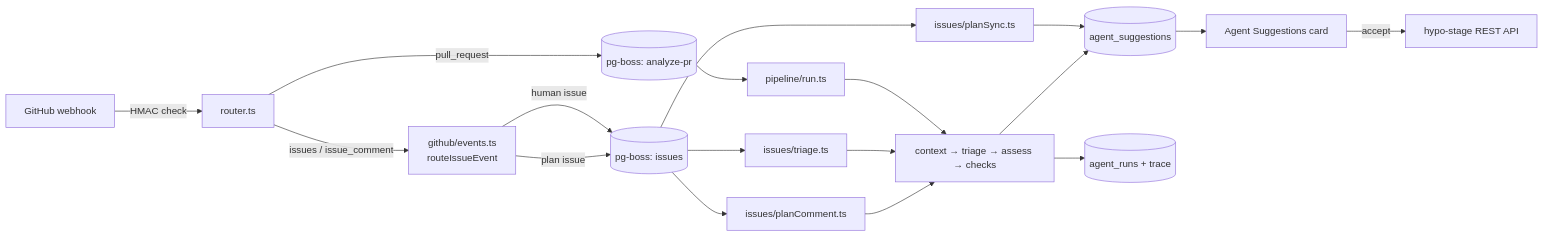
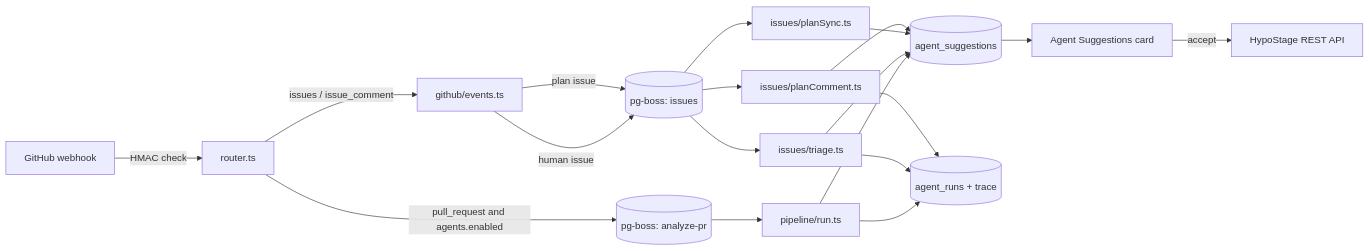
The diagram in docs/agents/developer-guide.md (ArchHypo/hypo-stage), drawn with Mermaid before and after one commit. The commit also changed other lines of this file and 13 other files, not shown here.

````diff
--- a/docs/agents/developer-guide.md
+++ b/docs/agents/developer-guide.md
@@ -43,18 +45,21 @@
 ```mermaid
 flowchart LR
   GH[GitHub webhook] -->|HMAC check| R[router.ts]
-  R -->|pull_request| QP[(pg-boss: analyze-pr)]
-  R -->|issues / issue_comment| E[github/events.ts<br/>routeIssueEvent]
+  R -->|pull_request and agents.enabled| QP[(pg-boss: analyze-pr)]
+  R -->|issues / issue_comment| E[github/events.ts]
   E -->|human issue| QI[(pg-boss: issues)]
   E -->|plan issue| QI
   QP --> PR[pipeline/run.ts]
   QI --> T[issues/triage.ts]
   QI --> S[issues/planSync.ts]
   QI --> C[issues/planComment.ts]
-  PR & T & C --> P[context → triage → assess → checks]
-  S --> SUG[(agent_suggestions)]
-  P --> SUG
-  P --> RUN[(agent_runs + trace)]
+  PR --> SUG[(agent_suggestions)]
+  T --> SUG
+  S --> SUG
+  C --> SUG
+  PR --> RUN[(agent_runs + trace)]
+  T --> RUN
+  C --> RUN
   SUG --> UI[Agent Suggestions card]
-  UI -->|accept| API[hypo-stage REST API]
+  UI -->|accept| API[HypoStage REST API]
 ```
````
